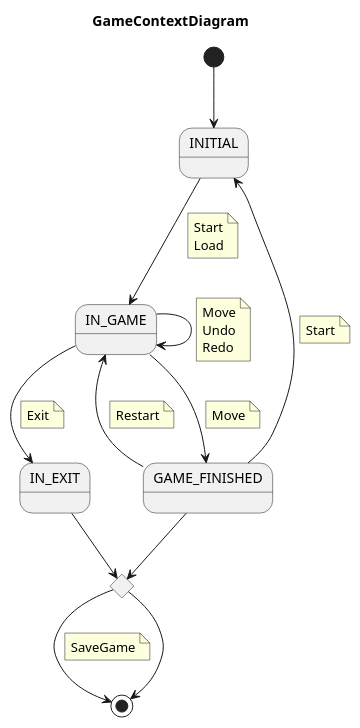
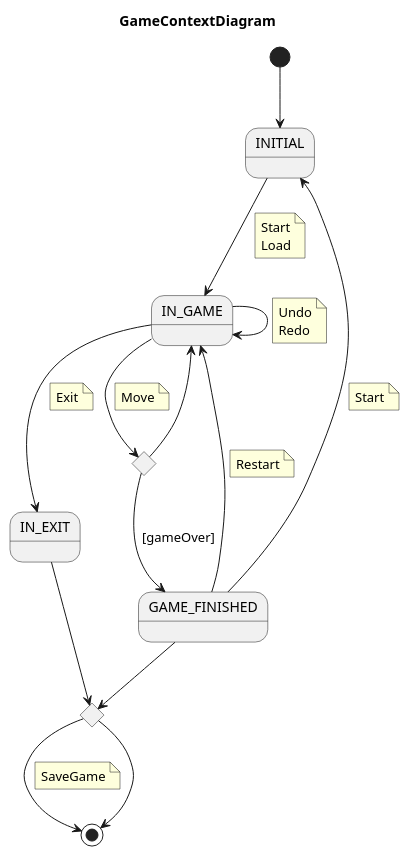
The diagram in docs/src/use-cases/context/game-context.plantuml (Master-Desarrollo-20-21/patrones-diseno---practica-final---juego-de-las-damas-fraylopez), drawn with PlantUML before and after one commit. The commit also changed 3 other files, not shown here.

```diff
--- a/docs/src/use-cases/context/game-context.plantuml
+++ b/docs/src/use-cases/context/game-context.plantuml
@@ -1,49 +1,54 @@
 @startuml GameContextDiagram
 title GameContextDiagram
 state INITIAL
 state IN_GAME
 state GAME_FINISHED
 state IN_EXIT
 
 state IF <<choice>>
+state IF2 <<choice>>
 
 [*] --> INITIAL
 
 INITIAL --> IN_GAME
     note on link
         Start
         Load
     end note
 IN_GAME --> IN_GAME
     note on link
-        Move
         Undo
         Redo
         ' Resume
     end note
-IN_GAME --> GAME_FINISHED
+
+IN_GAME --> IF2
     note on link
         Move
     end note
+
+IF2 --> IN_GAME
+IF2 --> GAME_FINISHED: [gameOver]
+
 IN_GAME --> IN_EXIT
     note on link
         Exit
     end note
 IN_EXIT -->IF
 IF -->[*]
     note on link
         SaveGame
     end note
 
 IF --> [*]
 
 GAME_FINISHED --> INITIAL
     note on link
         Start
     end note
 GAME_FINISHED --> IN_GAME
     note on link
         Restart
     end note
 GAME_FINISHED --> IF
 @enduml
```
